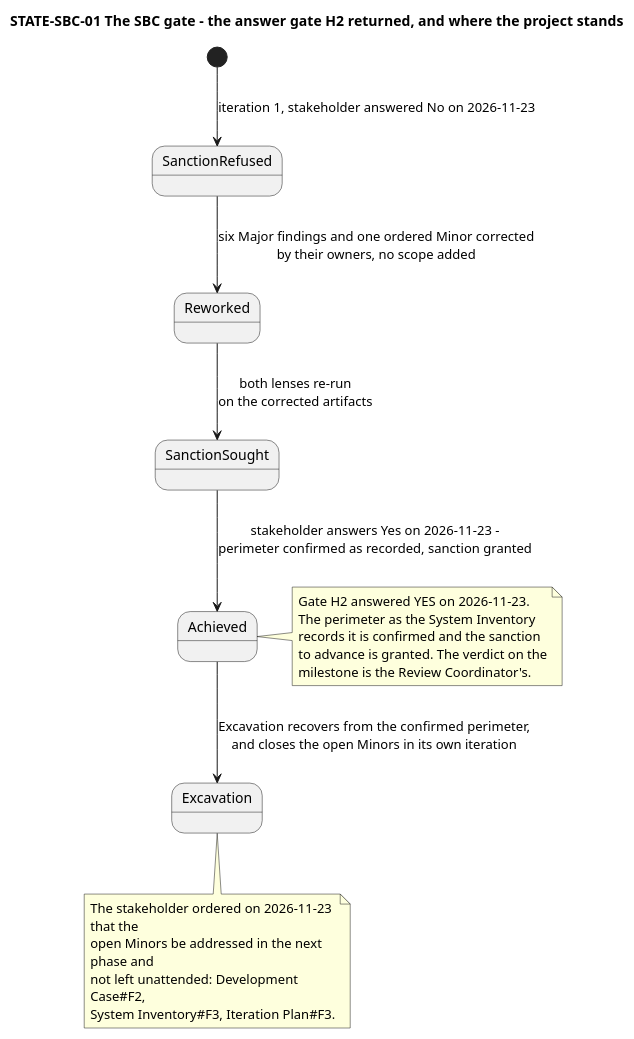
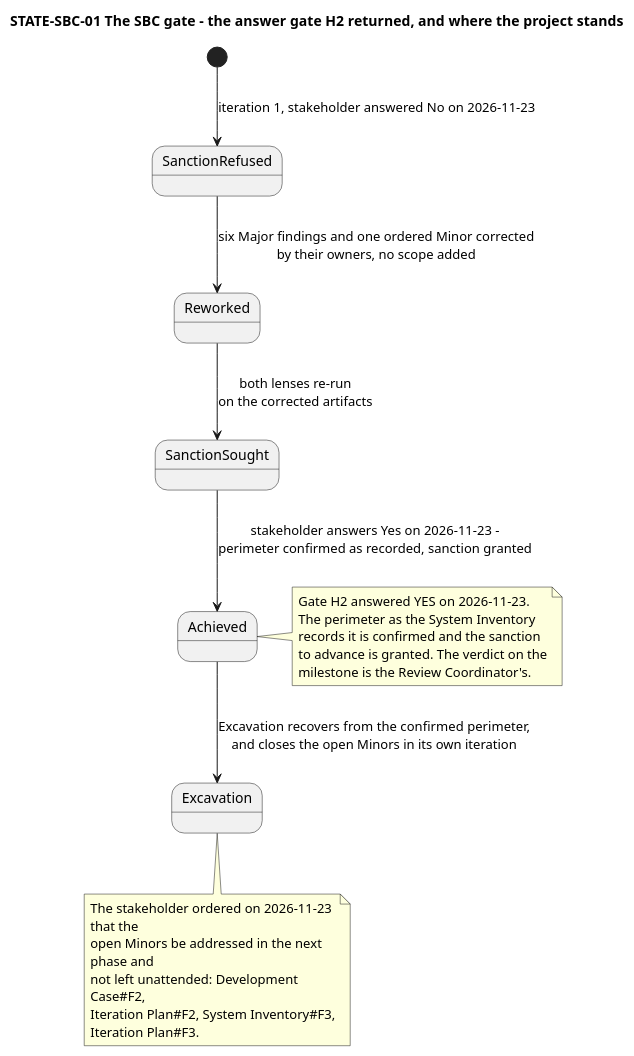
Diagram 11 of 13 in docs/artifacts/project-management/review-record.md (banense-test/TodoApp), drawn with PlantUML before and after one commit. The commit also changed other lines of this file, not shown here.

````diff
--- a/docs/artifacts/project-management/review-record.md
+++ b/docs/artifacts/project-management/review-record.md
@@ -912,28 +912,29 @@
 ```plantuml
 @startuml
 title STATE-SBC-01 The SBC gate - the answer gate H2 returned, and where the project stands
 
 skinparam shadowing false
 skinparam wrapWidth 250
 
 [*] --> SanctionRefused : iteration 1, stakeholder answered No on 2026-11-23
 SanctionRefused --> Reworked : six Major findings and one ordered Minor corrected\nby their owners, no scope added
 Reworked --> SanctionSought : both lenses re-run\non the corrected artifacts
 SanctionSought --> Achieved : stakeholder answers Yes on 2026-11-23 -\nperimeter confirmed as recorded, sanction granted
 Achieved --> Excavation : Excavation recovers from the confirmed perimeter,\nand closes the open Minors in its own iteration
 
 note right of Achieved
   Gate H2 answered YES on 2026-11-23.
   The perimeter as the System Inventory
   records it is confirmed and the sanction
   to advance is granted. The verdict on the
   milestone is the Review Coordinator's.
 end note
 note bottom of Excavation
   The stakeholder ordered on 2026-11-23 that the
   open Minors be addressed in the next phase and
   not left unattended: Development Case#F2,
-  System Inventory#F3, Iteration Plan#F3.
+  Iteration Plan#F2, System Inventory#F3,
+  Iteration Plan#F3.
 end note
 @enduml
 ```
````
